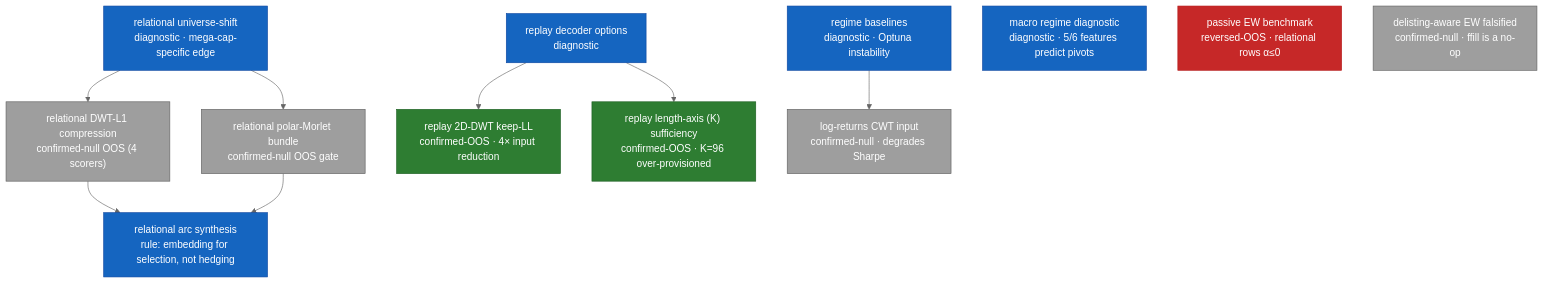
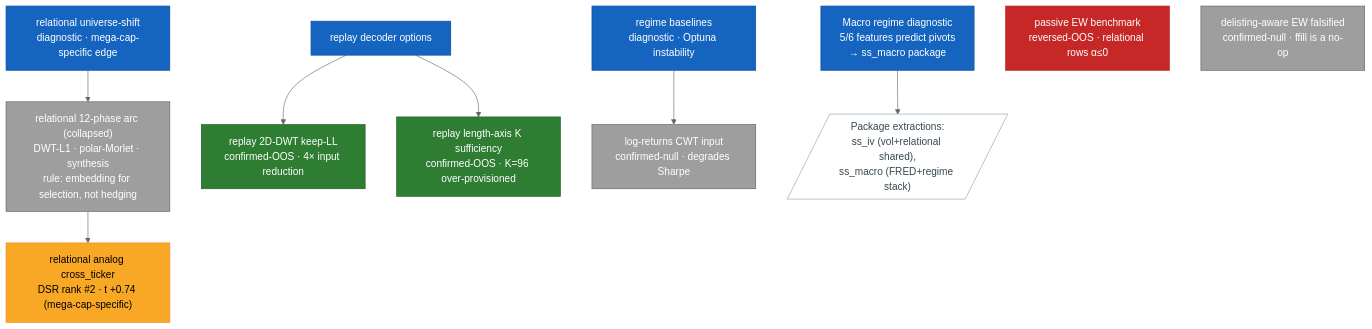
One commit to sughodke/StockSurvey changed diagram 11 of 12 in apps/docs/docs/map.md. Above: the diagram before and after it, drawn with Mermaid (neutral theme). The commit also changed other lines of this file and 52 other files, not shown here.

````diff
--- a/apps/docs/docs/map.md
+++ b/apps/docs/docs/map.md
@@ -272,30 +428,32 @@
 ```mermaid
 flowchart TD
     rus["relational universe-shift<br/>diagnostic · mega-cap-specific edge"]:::diag
-    rdwt["relational DWT-L1 compression<br/>confirmed-null OOS (4 scorers)"]:::cnull
-    rmor["relational polar-Morlet bundle<br/>confirmed-null OOS gate"]:::cnull
-    rsyn["relational arc synthesis<br/>rule: embedding for selection, not hedging"]:::diag
-    rus --> rdwt
-    rus --> rmor
-    rdwt --> rsyn
-    rmor --> rsyn
+    rarc["relational 12-phase arc (collapsed)<br/>DWT-L1 · polar-Morlet · synthesis<br/>rule: embedding for selection, not hedging"]:::cnull
+    rus --> rarc
+    relan["relational analog cross_ticker<br/>DSR rank #2 · t +0.74 (mega-cap-specific)"]:::pOOS
+    rarc --> relan
 
-    rdec["replay decoder options<br/>diagnostic"]:::diag
-    rdc["replay 2D-DWT keep-LL<br/>confirmed-OOS · 4× input reduction"]:::cOOS
-    rlk["replay length-axis (K) sufficiency<br/>confirmed-OOS · K=96 over-provisioned"]:::cOOS
-    rdec --> rdc
-    rdec --> rlk
+    rdec["replay decoder options"]:::diag
+    rdwt["replay 2D-DWT keep-LL<br/>confirmed-OOS · 4× input reduction"]:::cOOS
+    rk["replay length-axis K sufficiency<br/>confirmed-OOS · K=96 over-provisioned"]:::cOOS
+    rdec --> rdwt
+    rdec --> rk
 
     rb["regime baselines<br/>diagnostic · Optuna instability"]:::diag
     rlr["log-returns CWT input<br/>confirmed-null · degrades Sharpe"]:::cnull
     rb --> rlr
 
-    mac["macro regime diagnostic<br/>diagnostic · 5/6 features predict pivots"]:::diag
+    mac["Macro regime diagnostic<br/>5/6 features predict pivots<br/>→ ss_macro package"]:::diag
     pew["passive EW benchmark<br/>reversed-OOS · relational rows α≤0"]:::rOOS
     dew["delisting-aware EW falsified<br/>confirmed-null · ffill is a no-op"]:::cnull
 
+    pkgs[/"Package extractions:<br/>ss_iv (vol+relational shared),<br/>ss_macro (FRED+regime stack)"/]:::base
+    mac --> pkgs
+
     classDef cOOS fill:#2e7d32,stroke:#1b5e20,color:#fff
+    classDef pOOS fill:#f9a825,stroke:#f57f17,color:#000
     classDef rOOS fill:#c62828,stroke:#b71c1c,color:#fff
     classDef cnull fill:#9e9e9e,stroke:#616161,color:#fff
     classDef diag fill:#1565c0,stroke:#0d47a1,color:#fff
+    classDef base fill:#fff,stroke:#90a4ae,color:#37474f
 ```
````
